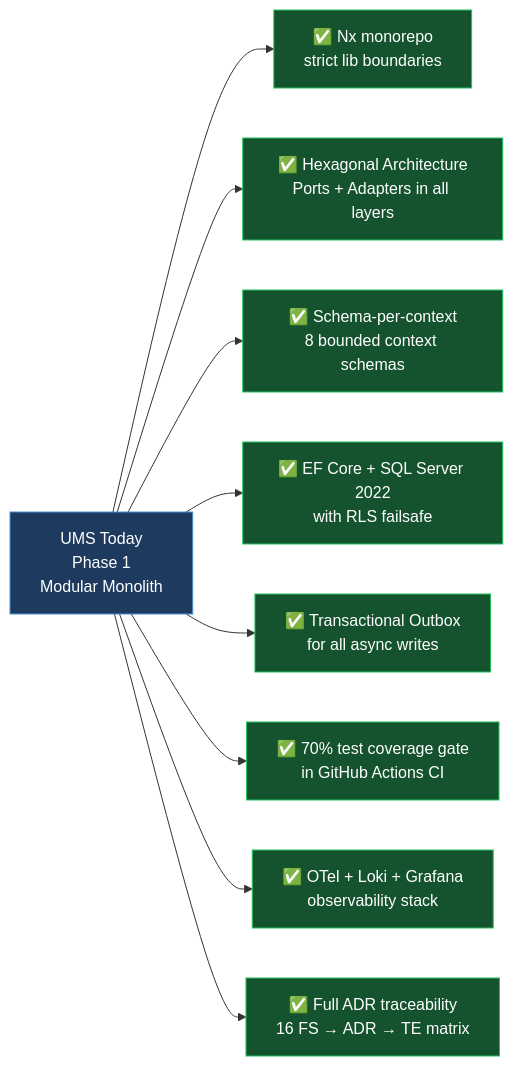
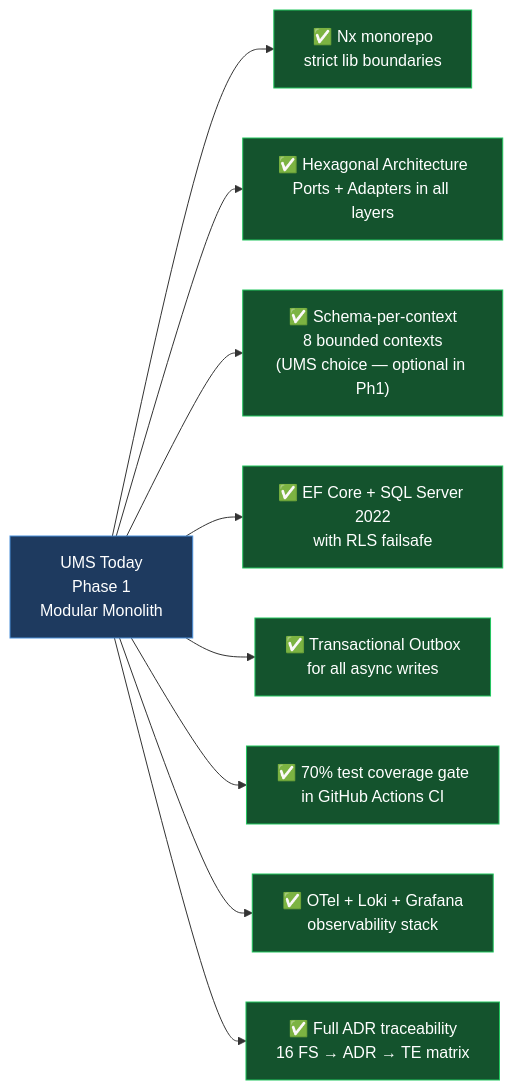
Before and after one commit to beyondnetcode/evolith_arch32: the fourth of 4 diagrams in reference/governance/standards/communication/visuals/v02-progressive-journey.md, drawn with Mermaid. The commit also changed other lines of this file and 2 other files, not shown here.

First line of the commit message:
docs(strategy): clarify schema-per-context is optional in Phase 1 (EN/ES)

````diff
--- a/reference/governance/standards/communication/visuals/v02-progressive-journey.md
+++ b/reference/governance/standards/communication/visuals/v02-progressive-journey.md
@@ -119,16 +119,16 @@
 ```mermaid
 flowchart LR
     classDef done fill:#14532d,stroke:#22c55e,color:#fff
     classDef arch fill:#1e3a5f,stroke:#4a90d9,color:#fff
 
     UMS["UMS Today\nPhase 1\nModular Monolith"]:::arch
 
     UMS --> A["✅ Nx monorepo\nstrict lib boundaries"]:::done
     UMS --> B["✅ Hexagonal Architecture\nPorts + Adapters in all layers"]:::done
-    UMS --> C["✅ Schema-per-context\n8 bounded context schemas"]:::done
+    UMS --> C["✅ Schema-per-context\n8 bounded contexts\n(UMS choice — optional in Ph1)"]:::done
     UMS --> D["✅ EF Core + SQL Server 2022\nwith RLS failsafe"]:::done
     UMS --> E["✅ Transactional Outbox\nfor all async writes"]:::done
     UMS --> F["✅ 70% test coverage gate\nin GitHub Actions CI"]:::done
     UMS --> G["✅ OTel + Loki + Grafana\nobservability stack"]:::done
     UMS --> H["✅ Full ADR traceability\n16 FS → ADR → TE matrix"]:::done
 ```
````
